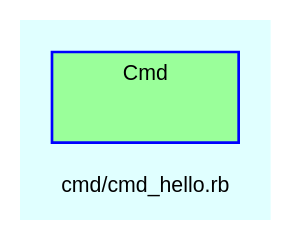
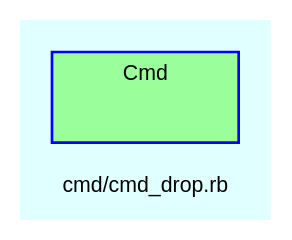
The diagram in doc/dot/f_39.dot (Tyche/teensymud), drawn with Graphviz before and after one commit. The commit also changed 215 other files, not shown here.

```diff
--- a/doc/dot/f_39.dot
+++ b/doc/dot/f_39.dot
@@ -1,29 +1,29 @@
 digraph TopLevel {
     compound = true
     bgcolor = lightcyan1
     fontname = Arial
     fontsize = 8
-    label = "cmd/cmd_hello.rb"
+    label = "cmd/cmd_drop.rb"
     node [
         fontname = Arial,
         fontsize = 8,
         color = black
     ]
 
     subgraph cluster_Cmd {
         fillcolor = palegreen1
         URL = "classes/Cmd.html"
         fontname = Arial
         color = blue
         label = "Cmd"
         style = filled
         Cmd [
             shape = plaintext,
             height = 0.01,
             width = 0.75,
             label = ""
         ]
 
     }
 
 }
```
